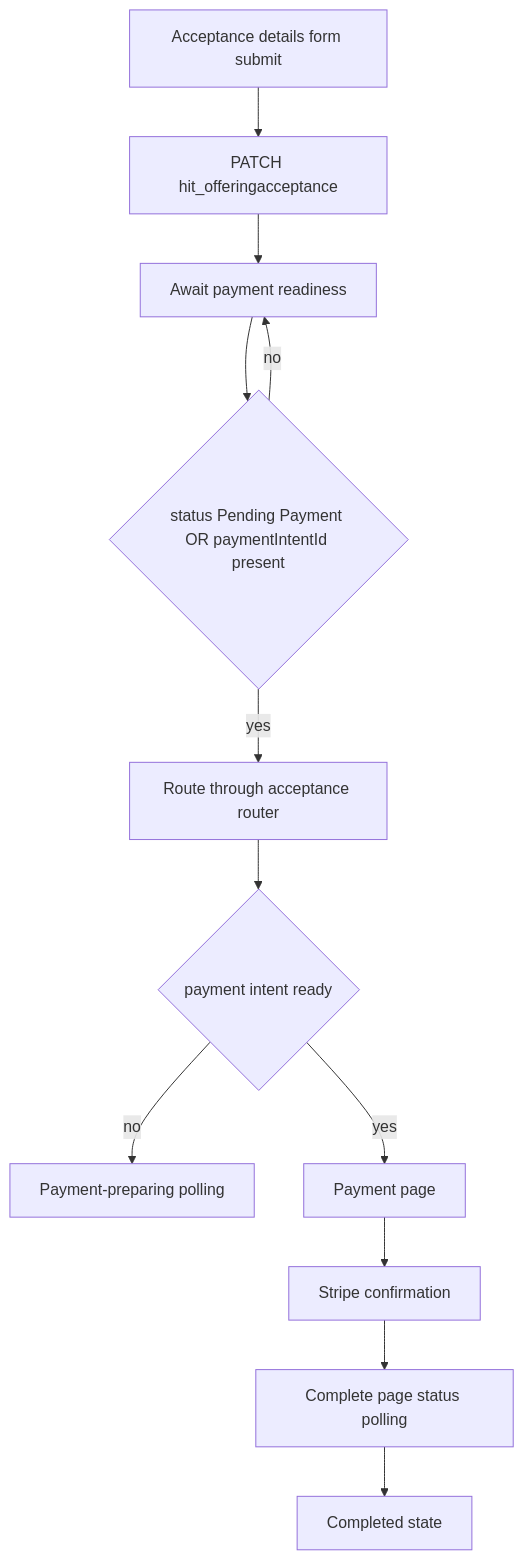
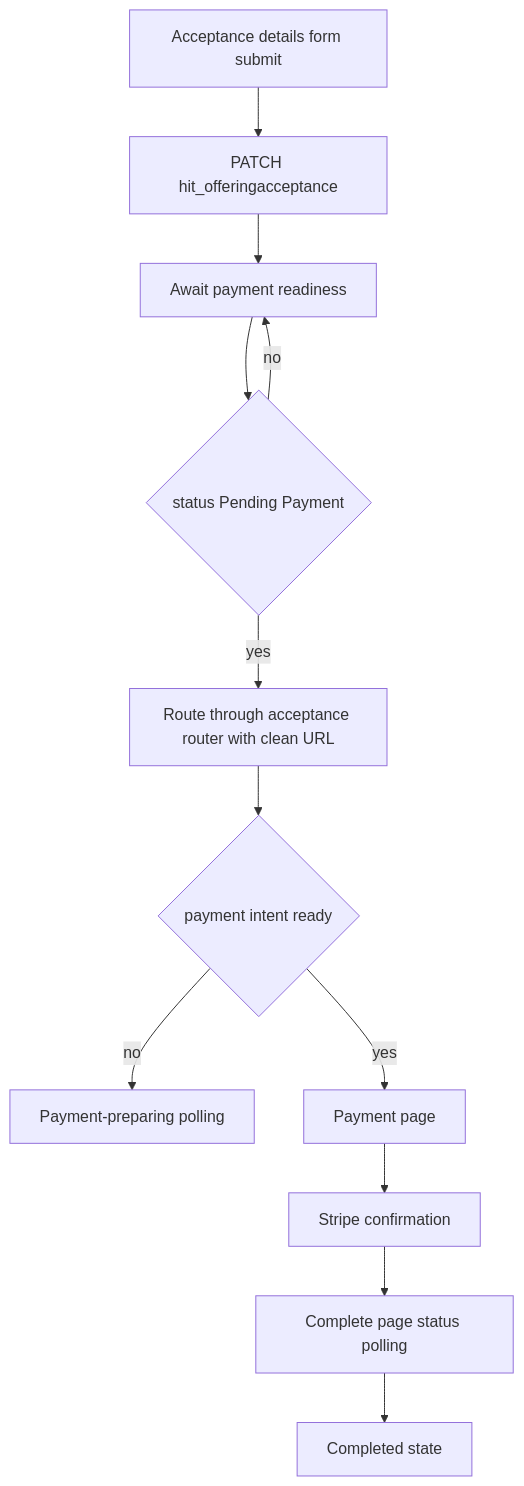
Before and after one commit to human-andyb/nfp-platform-core: the first of 3 diagrams in docs/power-pages/payment-processing.md, drawn with Mermaid. The commit also changed other lines of this file, not shown here.

Commit message:
revert payment process doc

````diff
--- a/docs/power-pages/payment-processing.md
+++ b/docs/power-pages/payment-processing.md
@@ -28,14 +28,14 @@
 ```mermaid
 flowchart TD
 	A[Acceptance details form submit] --> B[PATCH hit_offeringacceptance]
 	B --> C[Await payment readiness]
-	C --> D{status Pending Payment OR paymentIntentId present}
+	C --> D{status Pending Payment}
 	D -- no --> C
-	D -- yes --> E[Route through acceptance router]
+	D -- yes --> E[Route through acceptance router with clean URL]
 	E --> F{payment intent ready}
 	F -- no --> G[Payment-preparing polling]
 	F -- yes --> H[Payment page]
 	H --> I[Stripe confirmation]
 	I --> J[Complete page status polling]
 	J --> K[Completed state]
 ```
````
